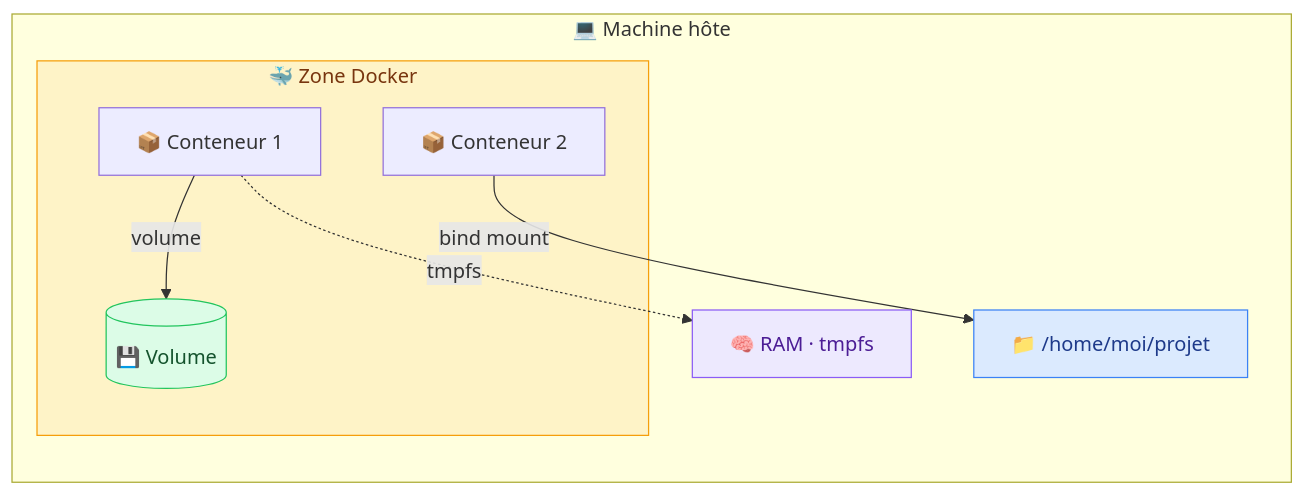
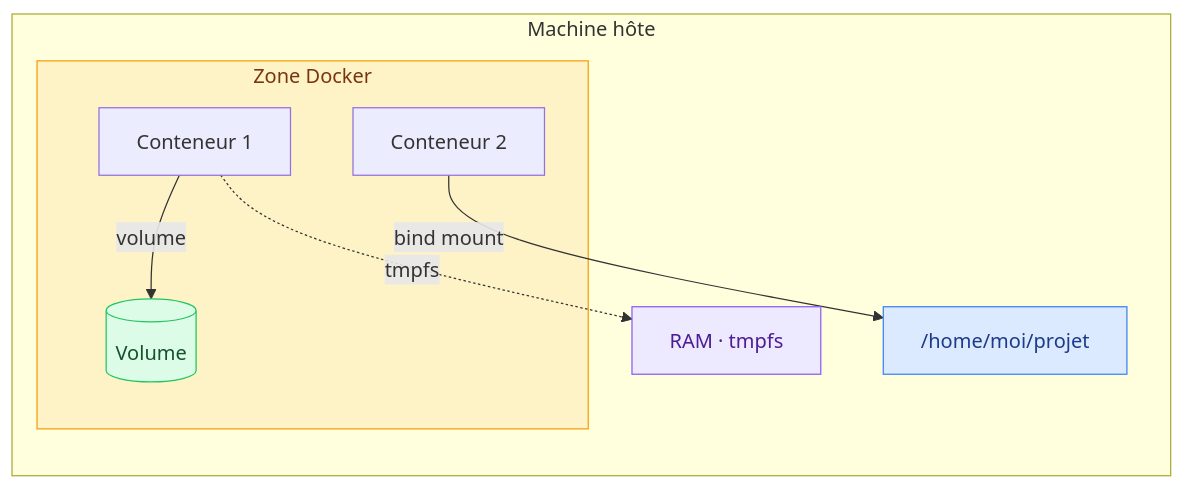
The second of 4 diagrams in methodologie-securite-it/docker/06-volumes.md (GoobyWoobies/HEIA-IT), drawn with Mermaid before and after one commit. The commit also changed other lines of this file and 24 other files, not shown here.

````diff
--- a/methodologie-securite-it/docker/06-volumes.md
+++ b/methodologie-securite-it/docker/06-volumes.md
@@ -59,20 +59,20 @@
 ```mermaid
 flowchart LR
-    subgraph HOST["💻 Machine hôte"]
-        DIR["📁 /home/moi/projet"]
-        subgraph DK["🐳 Zone Docker"]
-            C1["📦 Conteneur 1"]
-            C2["📦 Conteneur 2"]
-            VOL[("💾 Volume")]
+    subgraph HOST["Machine hôte"]
+        DIR["/home/moi/projet"]
+        subgraph DK["Zone Docker"]
+            C1["Conteneur 1"]
+            C2["Conteneur 2"]
+            VOL[("Volume")]
         end
-        RAM["🧠 RAM · tmpfs"]
+        RAM["RAM · tmpfs"]
     end
     C1 -->|"volume"| VOL
     C2 -->|"bind mount"| DIR
     C1 -.->|"tmpfs"| RAM
 
     style VOL fill:#dcfce7,stroke:#22c55e,color:#14532d
     style DIR fill:#dbeafe,stroke:#3b82f6,color:#1e3a8a
     style RAM fill:#ede9fe,stroke:#8b5cf6,color:#4c1d95
     style DK fill:#fef3c7,stroke:#f59e0b,color:#78350f
 ```
````
